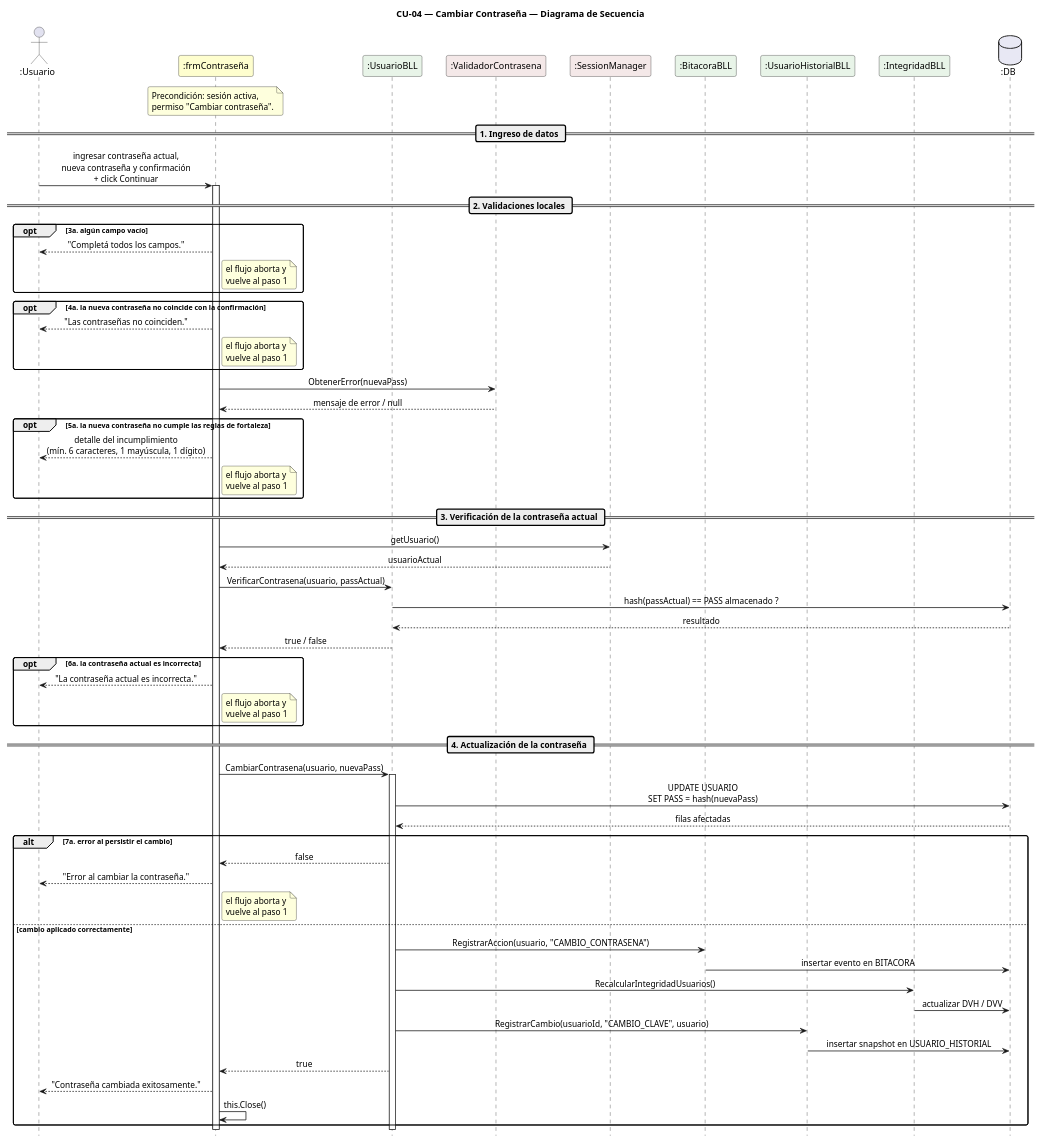
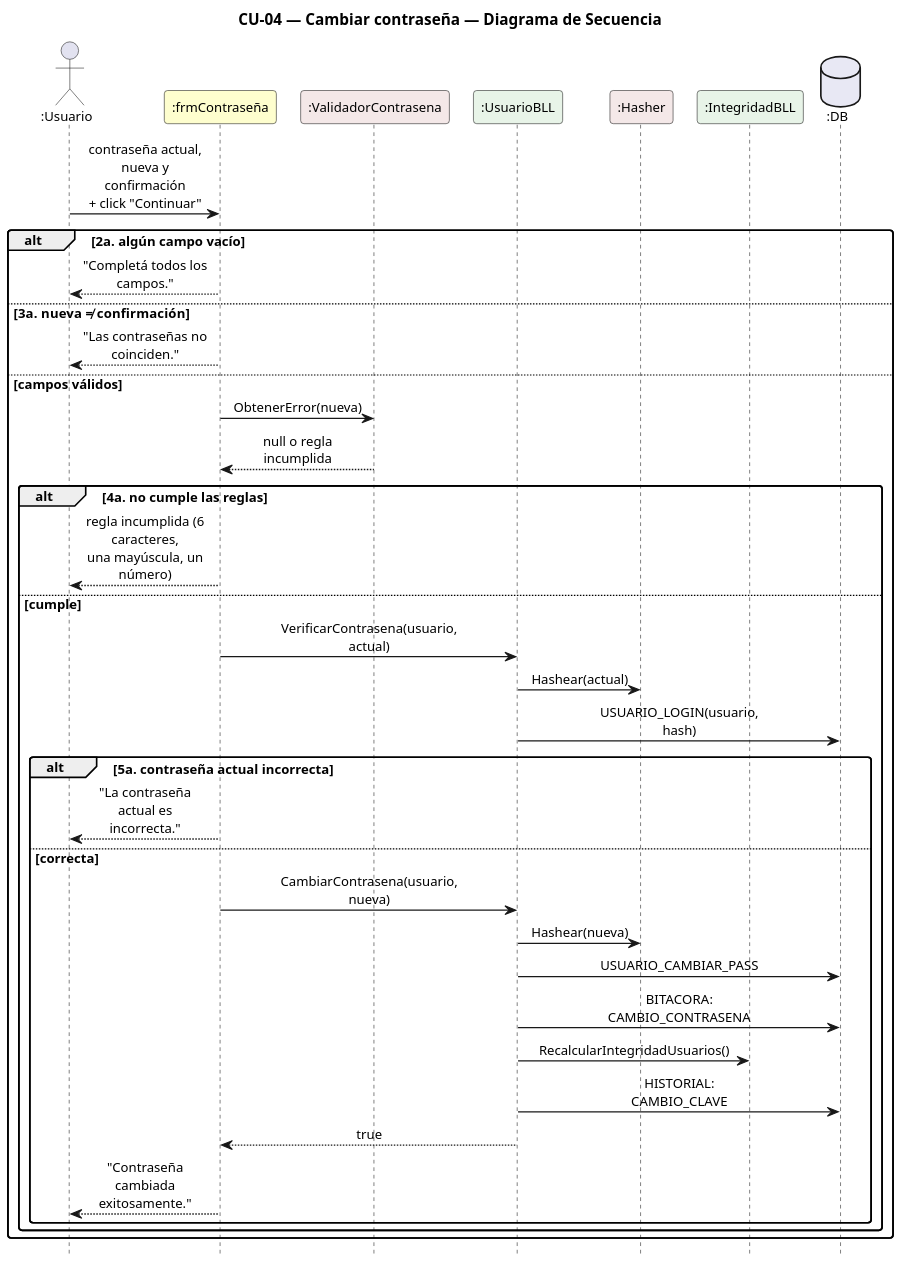
Before and after one commit to Urrels/ingenieria_software: the diagram in DIAGRAMAS/DiagramaSecuencia_CU04_CambiarContrasena.puml, drawn with PlantUML. The commit also changed 82 other files, not shown here.

First line of the commit message:
Casos de uso y diagramas de secuencia actualizados (CU-01 a CU-37)

```diff
--- a/DIAGRAMAS/DiagramaSecuencia_CU04_CambiarContrasena.puml
+++ b/DIAGRAMAS/DiagramaSecuencia_CU04_CambiarContrasena.puml
@@ -1,113 +1,53 @@
 @startuml DiagramaSecuencia_CU04_CambiarContrasena
 
-title CU-04 — Cambiar Contraseña — Diagrama de Secuencia
+title CU-04 — Cambiar contraseña — Diagrama de Secuencia
 
 skinparam shadowing false
 skinparam roundcorner 6
 skinparam sequenceArrowThickness 1.2
-skinparam ParticipantPadding 14
+skinparam ParticipantPadding 6
+skinparam BoxPadding 4
+skinparam maxMessageSize 115
 skinparam sequenceMessageAlign center
+skinparam defaultFontSize 12
+skinparam dpi 140
 hide footbox
-scale 0.85
 
-' ─────────────────────────────────────────
-' Participantes en orden de aparición
-' ─────────────────────────────────────────
-actor       ":Usuario"                as U
-participant ":frmContraseña"          as FC #FEFECE
-participant ":UsuarioBLL"             as UB #E8F4E8
-participant ":ValidadorContrasena"    as VC #F4E8E8
-participant ":SessionManager"         as SM #F4E8E8
-participant ":BitacoraBLL"            as BB #E8F4E8
-participant ":UsuarioHistorialBLL"    as UH #E8F4E8
-participant ":IntegridadBLL"          as IB #E8F4E8
-database    ":DB"                     as DB #E8E8F4
+actor ":Usuario" as U
+participant ":frmContraseña" as F #FEFECE
+participant ":ValidadorContrasena" as V #F4E8E8
+participant ":UsuarioBLL" as B #E8F4E8
+participant ":Hasher" as H #F4E8E8
+participant ":IntegridadBLL" as I #E8F4E8
+database ":DB" as DB #E8E8F4
 
-note over FC
-  Precondición: sesión activa,
-  permiso "Cambiar contraseña".
-end note
-
-' ─────────────────────────────────────────
-' INGRESO DE DATOS
-' ─────────────────────────────────────────
-== 1. Ingreso de datos ==
-
-U -> FC : ingresar contraseña actual,\nnueva contraseña y confirmación\n+ click Continuar
-activate FC
-
-' ─────────────────────────────────────────
-' VALIDACIONES LOCALES
-' ─────────────────────────────────────────
-== 2. Validaciones locales ==
-
-opt 3a. algún campo vacío
-  FC --> U : "Completá todos los campos."
-  note right of FC : el flujo aborta y\nvuelve al paso 1
+U -> F : contraseña actual, nueva y confirmación\n+ click "Continuar"
+alt 2a. algún campo vacío
+  F --> U : "Completá todos los campos."
+else 3a. nueva ≠ confirmación
+  F --> U : "Las contraseñas no coinciden."
+else campos válidos
+  F -> V : ObtenerError(nueva)
+  V --> F : null o regla incumplida
+  alt 4a. no cumple las reglas
+    F --> U : regla incumplida (6 caracteres,\nuna mayúscula, un número)
+  else cumple
+    F -> B : VerificarContrasena(usuario, actual)
+    B -> H : Hashear(actual)
+    B -> DB : USUARIO_LOGIN(usuario, hash)
+    alt 5a. contraseña actual incorrecta
+      F --> U : "La contraseña actual es incorrecta."
+    else correcta
+      F -> B : CambiarContrasena(usuario, nueva)
+      B -> H : Hashear(nueva)
+      B -> DB : USUARIO_CAMBIAR_PASS
+      B -> DB : BITACORA: CAMBIO_CONTRASENA
+      B -> I : RecalcularIntegridadUsuarios()
+      B -> DB : HISTORIAL: CAMBIO_CLAVE
+      B --> F : true
+      F --> U : "Contraseña cambiada exitosamente."
+    end
+  end
 end
 
-opt 4a. la nueva contraseña no coincide con la confirmación
-  FC --> U : "Las contraseñas no coinciden."
-  note right of FC : el flujo aborta y\nvuelve al paso 1
-end
-
-FC -> VC : ObtenerError(nuevaPass)
-VC --> FC : mensaje de error / null
-
-opt 5a. la nueva contraseña no cumple las reglas de fortaleza
-  FC --> U : detalle del incumplimiento\n(mín. 6 caracteres, 1 mayúscula, 1 dígito)
-  note right of FC : el flujo aborta y\nvuelve al paso 1
-end
-
-' ─────────────────────────────────────────
-' VERIFICACIÓN DE LA CONTRASEÑA ACTUAL
-' ─────────────────────────────────────────
-== 3. Verificación de la contraseña actual ==
-
-FC -> SM : getUsuario()
-SM --> FC : usuarioActual
-
-FC -> UB : VerificarContrasena(usuario, passActual)
-UB -> DB : hash(passActual) == PASS almacenado ?
-DB --> UB : resultado
-UB --> FC : true / false
-
-opt 6a. la contraseña actual es incorrecta
-  FC --> U : "La contraseña actual es incorrecta."
-  note right of FC : el flujo aborta y\nvuelve al paso 1
-end
-
-' ─────────────────────────────────────────
-' ACTUALIZACIÓN DE LA CONTRASEÑA
-' ─────────────────────────────────────────
-== 4. Actualización de la contraseña ==
-
-FC -> UB : CambiarContrasena(usuario, nuevaPass)
-activate UB
-
-UB -> DB : UPDATE USUARIO\nSET PASS = hash(nuevaPass)
-DB --> UB : filas afectadas
-
-alt 7a. error al persistir el cambio
-  UB --> FC : false
-  FC --> U : "Error al cambiar la contraseña."
-  note right of FC : el flujo aborta y\nvuelve al paso 1
-
-else cambio aplicado correctamente
-  UB -> BB : RegistrarAccion(usuario, "CAMBIO_CONTRASENA")
-  BB -> DB : insertar evento en BITACORA
-
-  UB -> IB : RecalcularIntegridadUsuarios()
-  IB -> DB : actualizar DVH / DVV
-
-  UB -> UH : RegistrarCambio(usuarioId, "CAMBIO_CLAVE", usuario)
-  UH -> DB : insertar snapshot en USUARIO_HISTORIAL
-
-  UB --> FC : true
-  FC --> U : "Contraseña cambiada exitosamente."
-  FC -> FC : this.Close()
-end
-deactivate UB
-deactivate FC
-
 @enduml
```
